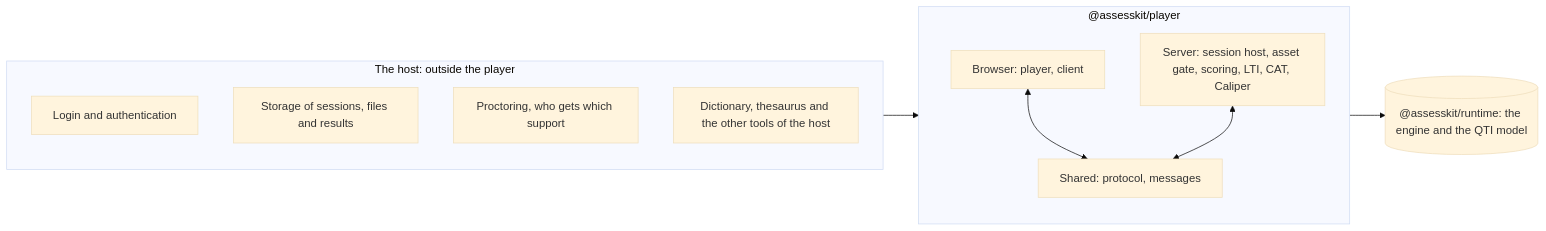
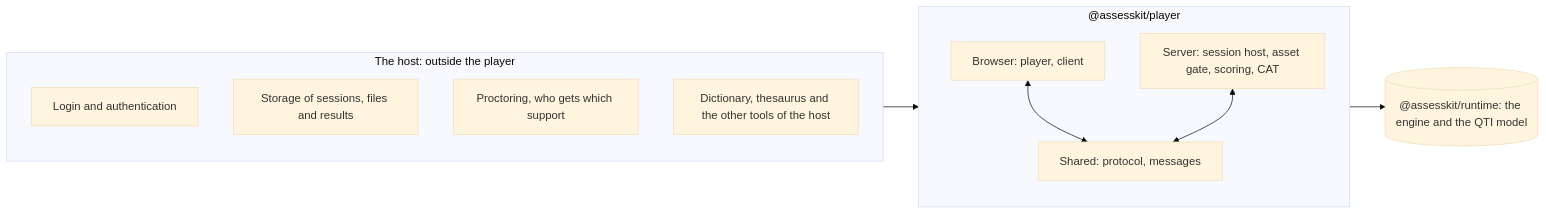
Before and after one commit to assesskit/assesskit: the diagram in docs/player/supported.md, drawn with Mermaid (base theme). The commit also changed other lines of this file and 138 other files, not shown here.

First line of the commit message:
Move LTI and Caliper out of the player and keep four ports

````diff
--- a/docs/player/supported.md
+++ b/docs/player/supported.md
@@ -6,19 +6,19 @@
 ```mermaid
 flowchart LR
   subgraph host["The host: outside the player"]
     login["Login and authentication"]
     storage["Storage of sessions, files and results"]
     proctor["Proctoring, who gets which support"]
     tools["Dictionary, thesaurus and the other tools of the host"]
   end
   subgraph player["@assesskit/player"]
     browser["Browser: player, client"]
-    server["Server: session host, asset gate, scoring, LTI, CAT, Caliper"]
+    server["Server: session host, asset gate, scoring, CAT"]
     shared["Shared: protocol, messages"]
   end
   runtime[("@assesskit/runtime: the engine and the QTI model")]
   host --> player
   browser <--> shared
   server <--> shared
   player --> runtime
 ```
````
